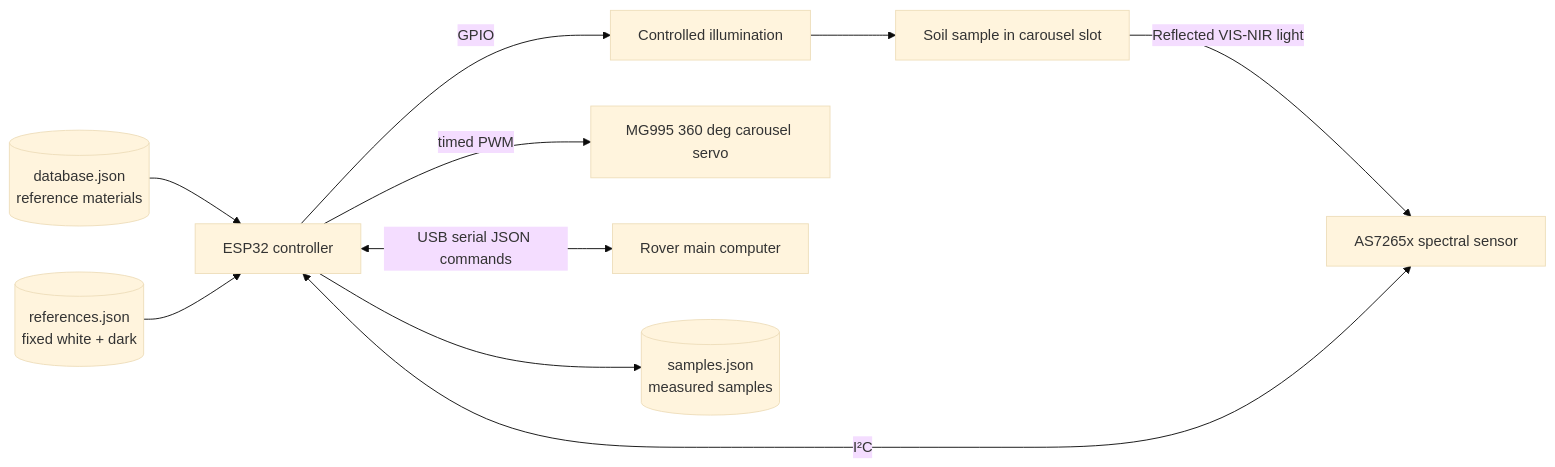
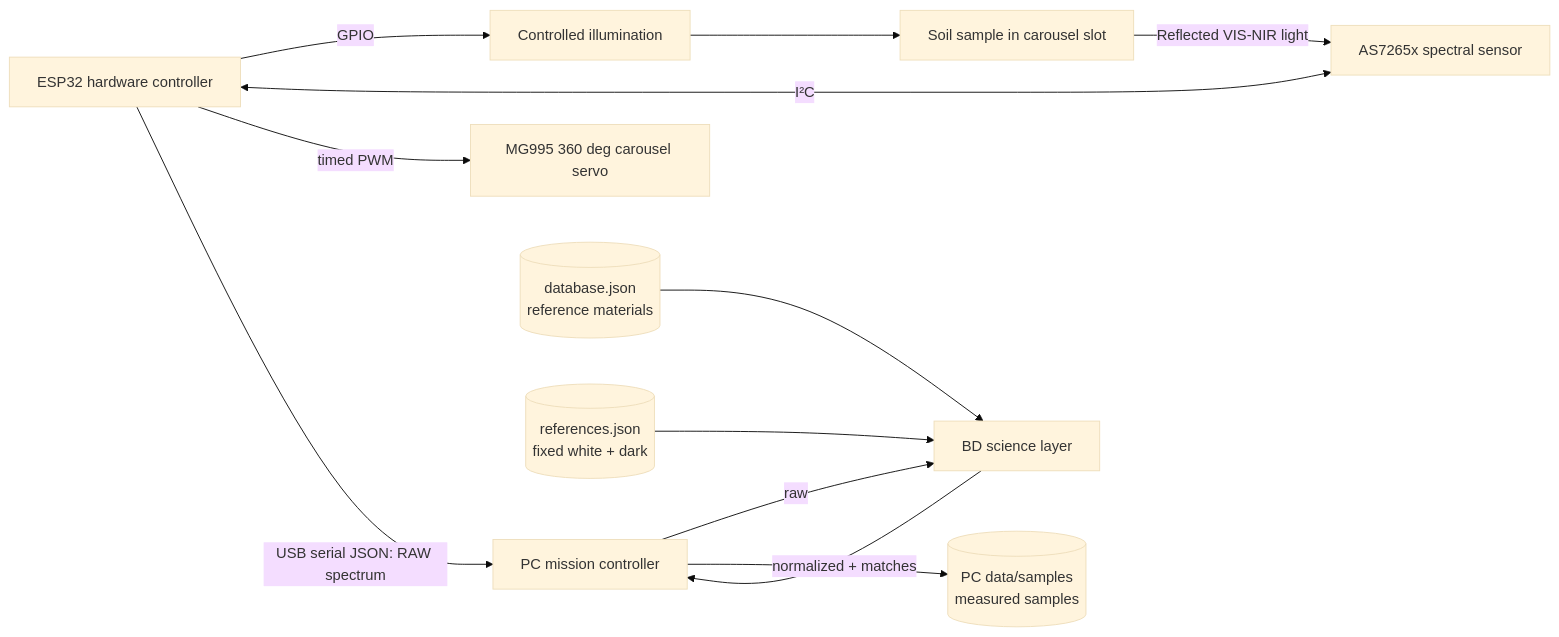
Before and after one commit to BrnoMarsRover/as7265x-soil-analysis-module: the diagram in README.md, drawn with Mermaid (base theme). The commit also changed other lines of this file and 40 other files, not shown here.

````diff
--- a/README.md
+++ b/README.md
@@ -73,22 +73,25 @@
 ```mermaid
 flowchart LR
     SAMPLE[Soil sample in carousel slot]
     LIGHT[Controlled illumination]
     SENSOR[AS7265x spectral sensor]
-    ESP[ESP32 controller]
+    ESP[ESP32 hardware controller]
     SERVO[MG995 360 deg carousel servo]
-    ROVER[Rover main computer]
+    PC[PC mission controller]
+    BD[BD science layer]
     DATABASE[(database.json<br/>reference materials)]
     REFS[(references.json<br/>fixed white + dark)]
-    STORE[(samples.json<br/>measured samples)]
+    STORE[(PC data/samples<br/>measured samples)]
 
     ESP -->|GPIO| LIGHT
     LIGHT --> SAMPLE
     SAMPLE -->|Reflected VIS-NIR light| SENSOR
     ESP <-->|I²C| SENSOR
     ESP -->|timed PWM| SERVO
-    ESP <-->|USB serial JSON commands| ROVER
-    DATABASE --> ESP
-    REFS --> ESP
-    ESP --> STORE
+    ESP -->|USB serial JSON: RAW spectrum| PC
+    PC -->|raw| BD
+    DATABASE --> BD
+    REFS --> BD
+    BD -->|normalized + matches| PC
+    PC --> STORE
 ```
````
